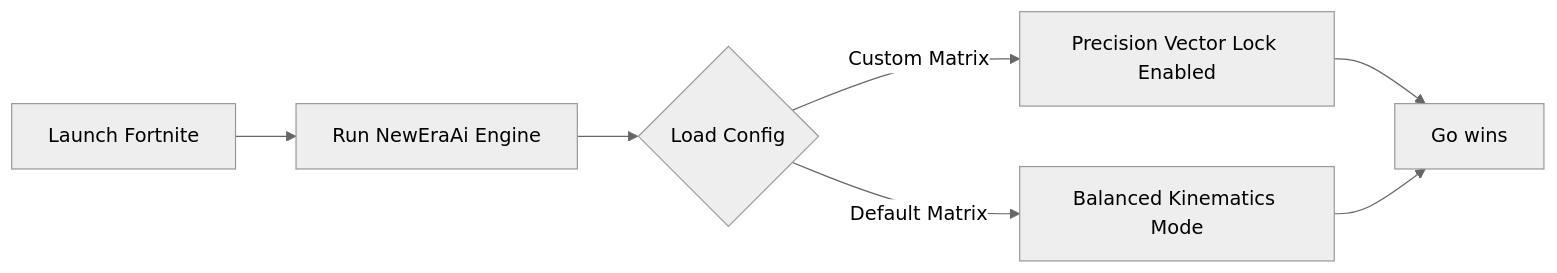
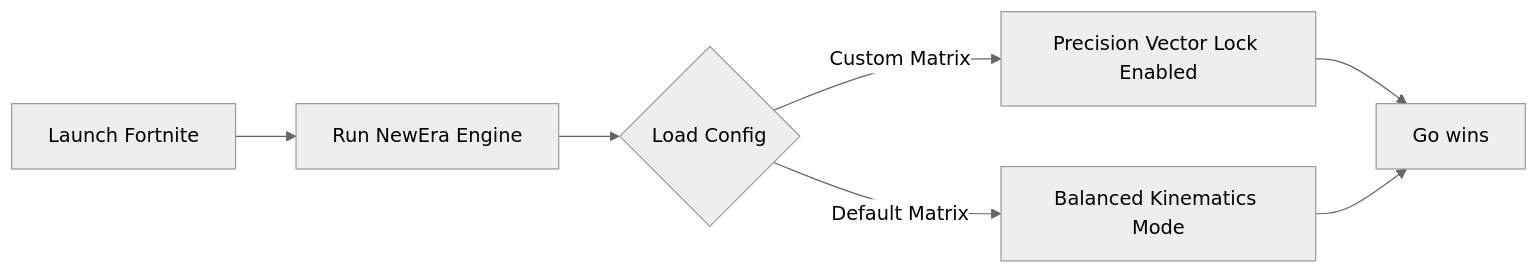
The diagram in README.md (Thresholdpuslip/Fortnite-Assist-Wins-Helper), drawn with Mermaid (neutral theme) before and after one commit. The commit also changed other lines of this file and 8 other files, not shown here.

````diff
--- a/README.md
+++ b/README.md
@@ -24,10 +15,10 @@
 ```mermaid
 graph LR
-    A[Launch Fortnite] --> B[Run NewEraAi Engine]
+    A[Launch Fortnite] --> B[Run NewEra Engine]
     B --> C{Load Config}
     C -->|Custom Matrix| D[Precision Vector Lock Enabled]
     C -->|Default Matrix| E[Balanced Kinematics Mode]
     D --> F[Active Spatial Analytics]
     E --> F[Go wins]
 
 ```
````
